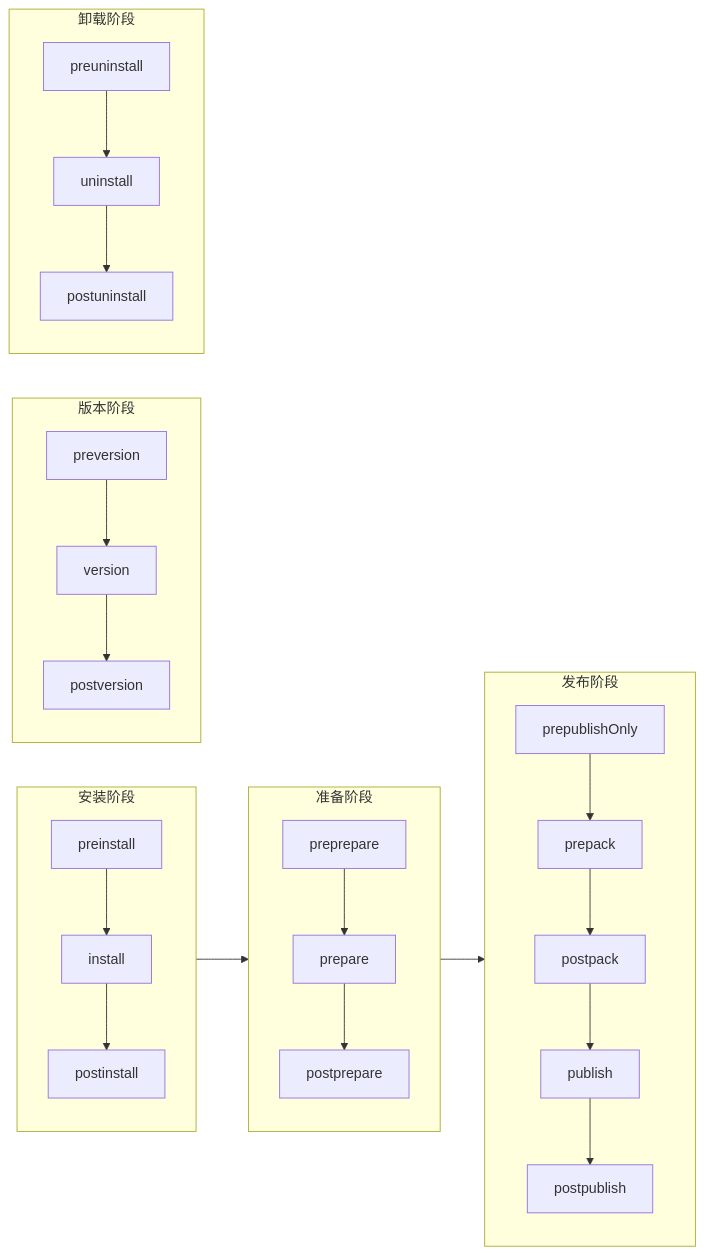
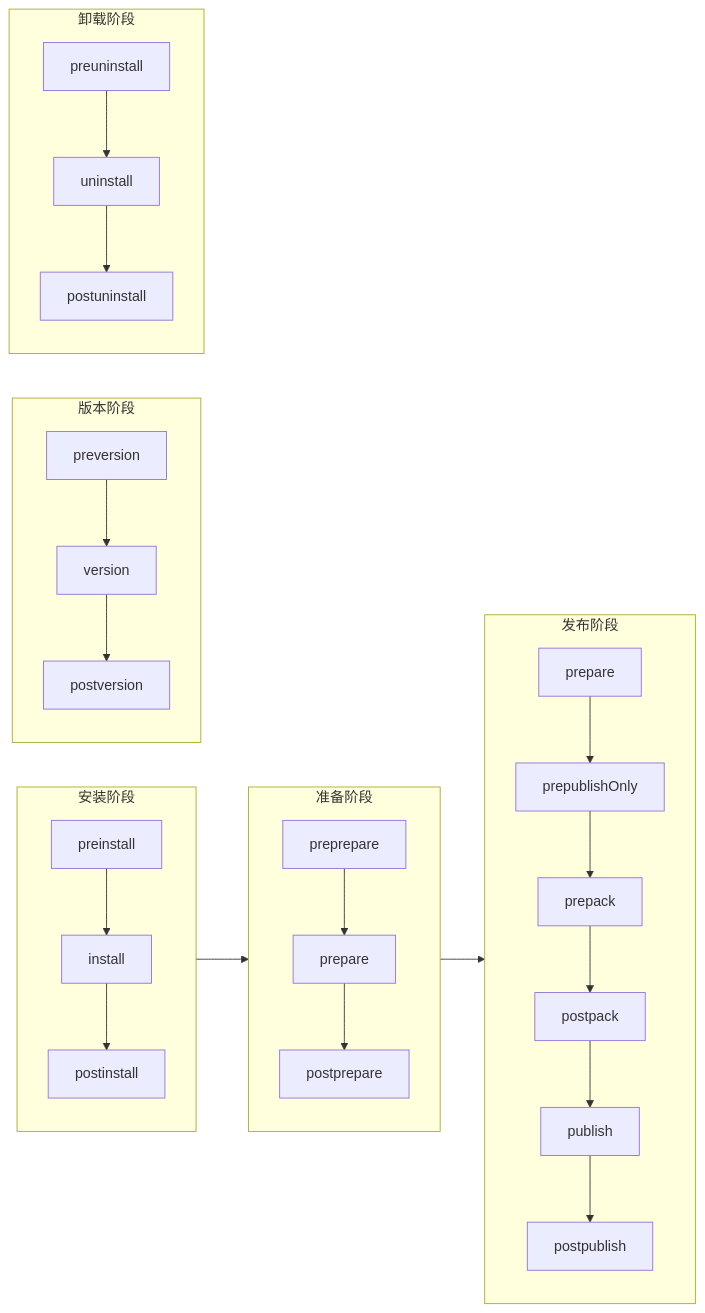
One commit to chenmijiang/ai-notebook changed the fifth of 5 diagrams in npm-package-lifecycle.md. Above: the diagram before and after it, drawn with Mermaid. The commit also changed other lines of this file, not shown here.

````diff
--- a/npm-package-lifecycle.md
+++ b/npm-package-lifecycle.md
@@ -378,25 +380,25 @@
 ```mermaid
 flowchart LR
     subgraph Install["安装阶段"]
         I1[preinstall] --> I2[install] --> I3[postinstall]
     end
 
     subgraph Prepare["准备阶段"]
         P1[preprepare] --> P2[prepare] --> P3[postprepare]
     end
 
     subgraph Publish["发布阶段"]
-        PB1[prepublishOnly] --> PB2[prepack] --> PB3[postpack] --> PB4[publish] --> PB5[postpublish]
+        PB0[prepare] --> PB1[prepublishOnly] --> PB2[prepack] --> PB3[postpack] --> PB4[publish] --> PB5[postpublish]
     end
 
     subgraph Version["版本阶段"]
         V1[preversion] --> V2[version] --> V3[postversion]
     end
 
     subgraph Uninstall["卸载阶段"]
         U1[preuninstall] --> U2[uninstall] --> U3[postuninstall]
     end
 
     Install --> Prepare
     Prepare --> Publish
 ```
````
